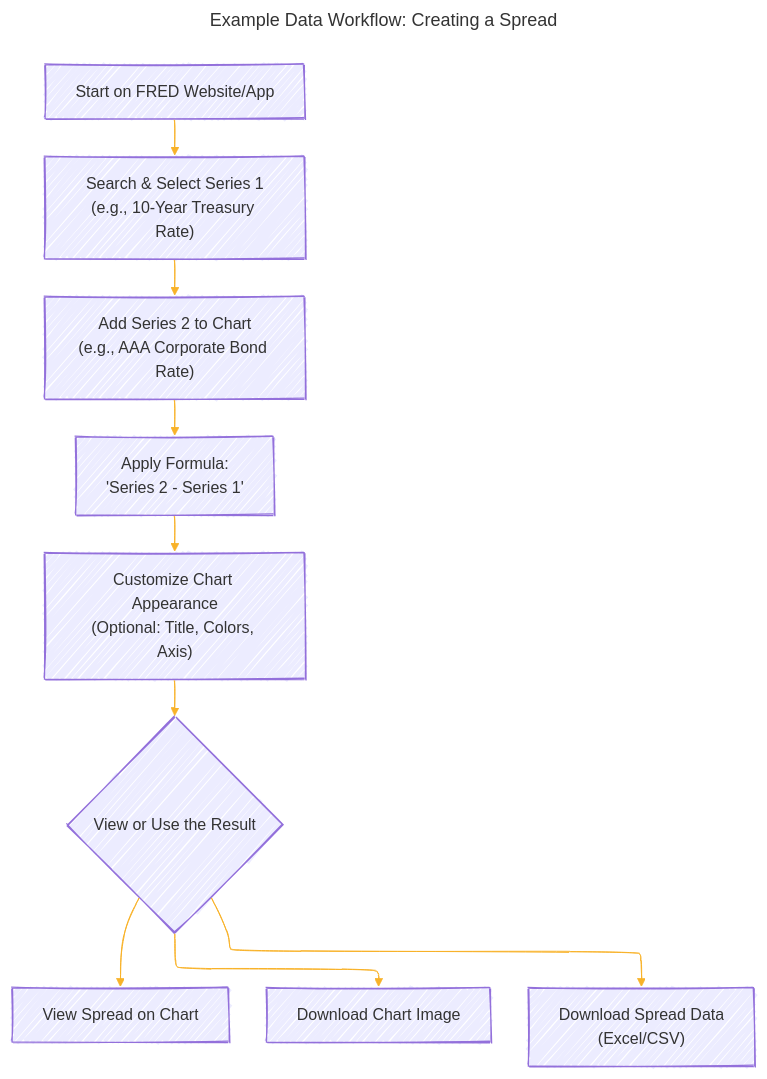
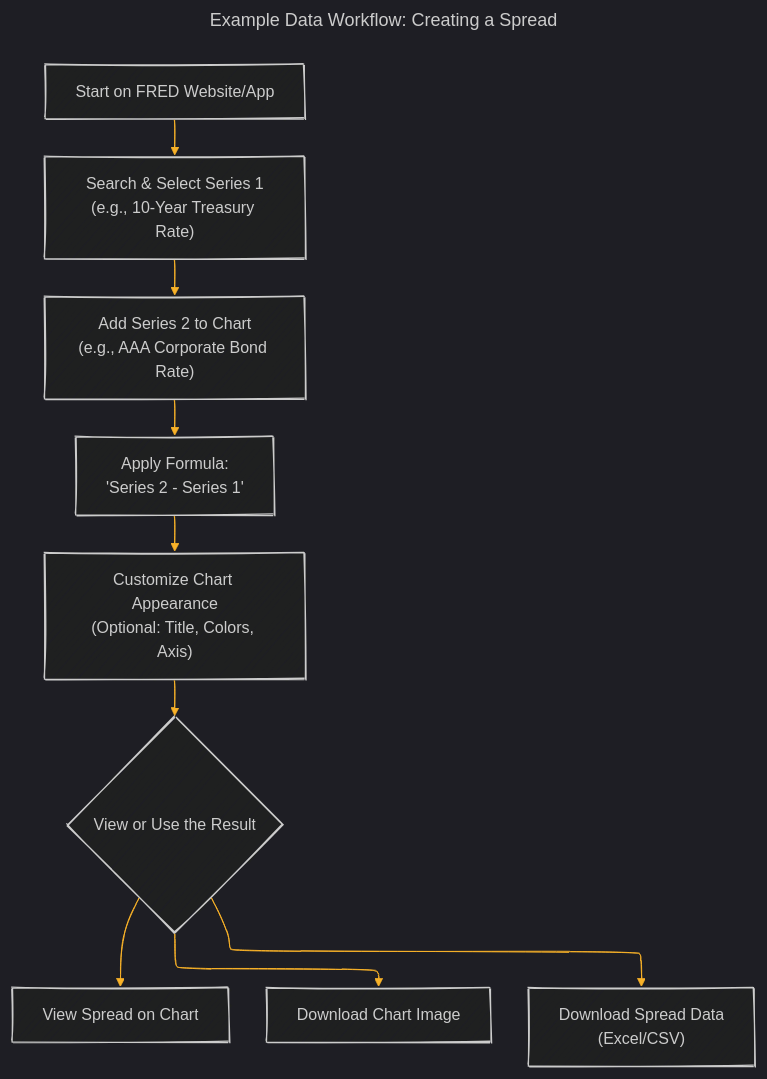
One commit to CongLeSolutionX/iOS-development-vault changed the seventh of 8 diagrams in FRED/What_is_FRED.md. Above: the diagram before and after it, drawn with Mermaid. The commit also changed other lines of this file, not shown here.

````diff
--- a/FRED/What_is_FRED.md
+++ b/FRED/What_is_FRED.md
@@ -348,36 +348,36 @@
 ```mermaid
 ---
 title: "Example Data Workflow: Creating a Spread"
 author: "Cong Le"
 version: "1.0"
 license(s): "MIT, CC BY 4.0"
 copyright: "Copyright (c) 2025 Cong Le. All Rights Reserved."
 config:
   layout: elk
   look: handDrawn
-  theme: default
+  theme: dark
 ---
 %%%%%%%% Mermaid version v11.4.1-b.14
 %%%%%%%% Toggle theme value to `base` to activate the initilization below for the customized theme version.
 %%%%%%%% Available curve styles include the following keywords:
 %% basis, bumpX, bumpY, cardinal, catmullRom, linear, monotoneX, monotoneY, natural, step, stepAfter, stepBefore.
 %%{
   init: {
     'flowchart': {'htmlLabels': true, 'curve': 'basis' },
     'fontFamily': 'Fantasy',
     'themeVariables': {
       'lineColor': '#F8B229'
     }
   }
 }%%
 flowchart TD
     A["Start on FRED Website/App"] --> B["Search & Select Series 1<br>(e.g., 10-Year Treasury Rate)"]
     B --> C["Add Series 2 to Chart<br>(e.g., AAA Corporate Bond Rate)"]
     C --> D["Apply Formula:<br>'Series 2 - Series 1'"]
     D --> E["Customize Chart Appearance<br>(Optional: Title, Colors, Axis)"]
     E --> F{"View or Use the Result"}
     F --> G["View Spread on Chart"]
     F --> H["Download Chart Image"]
     F --> I["Download Spread Data<br>(Excel/CSV)"]
     
 ```
````
